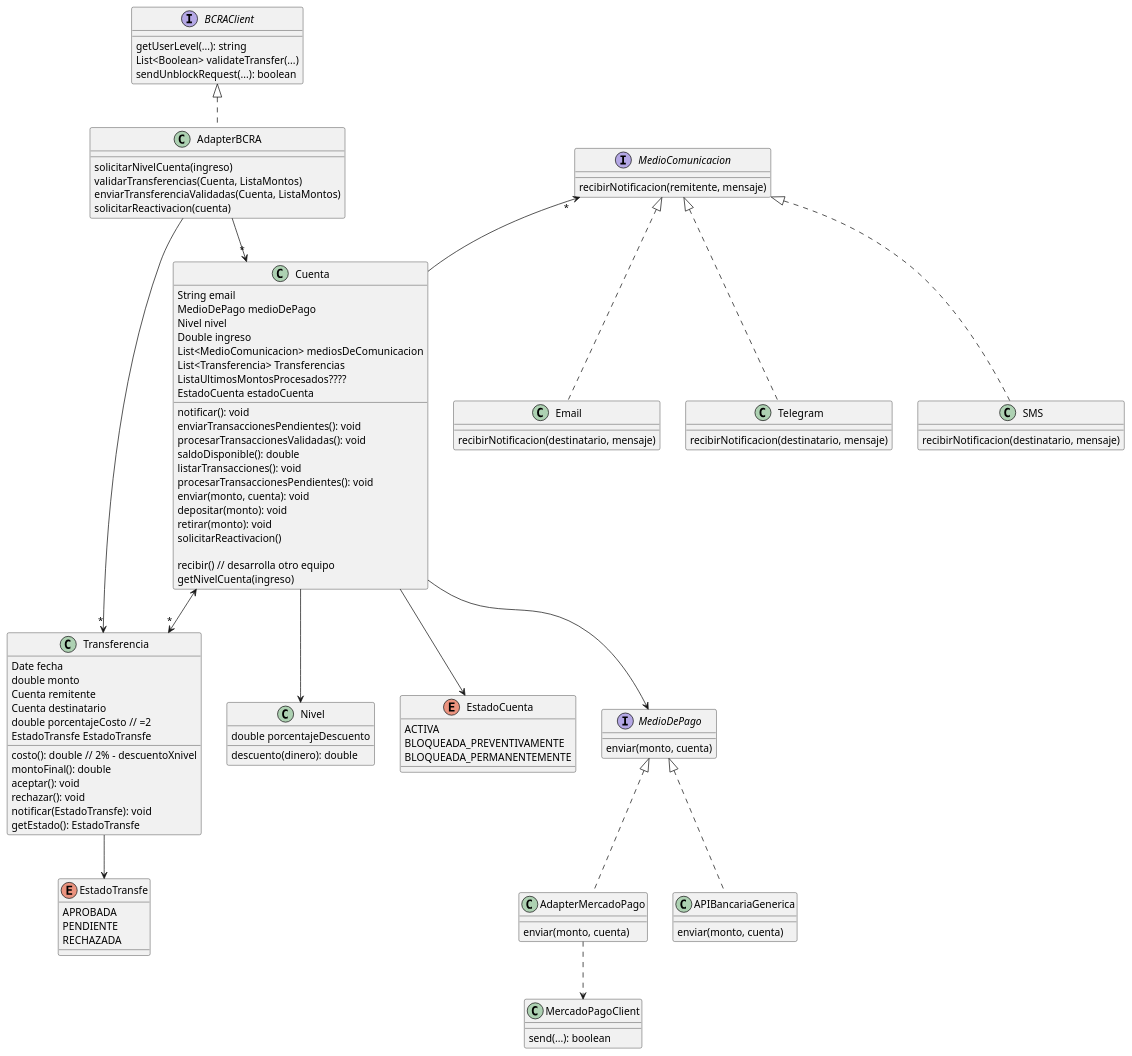
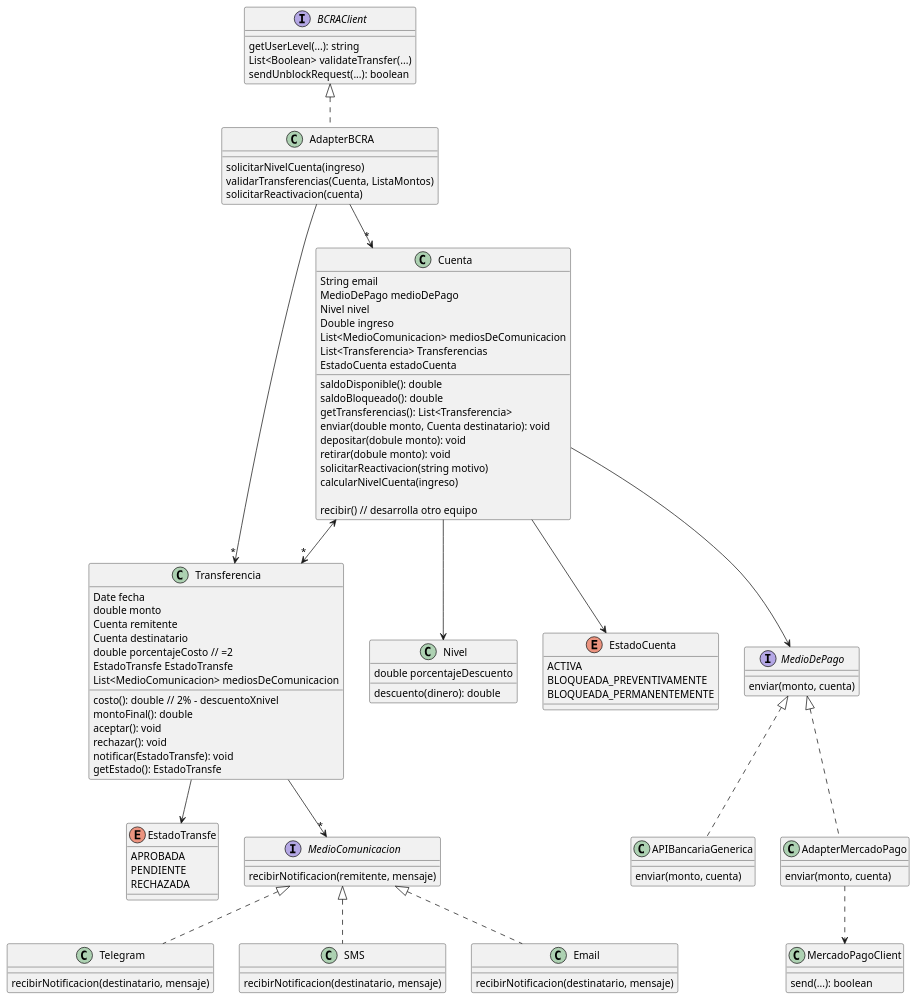
One commit to NicolasOcchi/DDS-1ros-Parciales changed the diagram in src/main/java/PaiPan_Corregido/PaiPan_Diagrama.puml. Above: the diagram before and after it, drawn with PlantUML. The commit also changed 1 other file, not shown here.

```diff
--- a/src/main/java/PaiPan_Corregido/PaiPan_Diagrama.puml
+++ b/src/main/java/PaiPan_Corregido/PaiPan_Diagrama.puml
@@ -1,118 +1,113 @@
 @startuml
 class Cuenta{
     String email
     MedioDePago medioDePago
     Nivel nivel
     Double ingreso
     List<MedioComunicacion> mediosDeComunicacion
     List<Transferencia> Transferencias
-    ListaUltimosMontosProcesados????
     EstadoCuenta estadoCuenta
-    notificar(): void
-    enviarTransaccionesPendientes(): void
-    procesarTransaccionesValidadas(): void
+
     saldoDisponible(): double
-    listarTransacciones(): void
-    procesarTransaccionesPendientes(): void
-    enviar(monto, cuenta): void
-    depositar(monto): void
-    retirar(monto): void
-    solicitarReactivacion()
+    saldoBloqueado(): double
+    getTransferencias(): List<Transferencia>
+    enviar(double monto, Cuenta destinatario): void
+    depositar(dobule monto): void
+    retirar(dobule monto): void
+    solicitarReactivacion(string motivo)
+    calcularNivelCuenta(ingreso)
 
     recibir() // desarrolla otro equipo
-
-
-    getNivelCuenta(ingreso)
 }
 
 Cuenta --> MedioDePago
 Cuenta <-->"*" Transferencia
 Cuenta --> Nivel
 Cuenta --> EstadoCuenta
 
 'se crearán 3 instancias, 1 por cada nivel con su respectivo porcentaje
 class Nivel{
     double porcentajeDescuento
     descuento(dinero): double
 }
 
 interface MedioDePago{
     enviar(monto, cuenta)
 }
 
 class APIBancariaGenerica implements MedioDePago {
     enviar(monto, cuenta)
 }
 
 class AdapterMercadoPago implements MedioDePago{
     enviar(monto, cuenta)
 }
 AdapterMercadoPago ..> MercadoPagoClient
 
 class MercadoPagoClient{
     send(...): boolean
 }
 
 class Transferencia{
     Date fecha
     double monto
     Cuenta remitente
     Cuenta destinatario
     double porcentajeCosto // =2
     EstadoTransfe EstadoTransfe
+    List<MedioComunicacion> mediosDeComunicacion
 
     costo(): double // 2% - descuentoXnivel
     montoFinal(): double
     aceptar(): void
     rechazar(): void
     notificar(EstadoTransfe): void
     getEstado(): EstadoTransfe
 }
 
 Transferencia --> EstadoTransfe
 
 enum EstadoTransfe{
     APROBADA
     PENDIENTE
     RECHAZADA
 }
 
 enum EstadoCuenta{
 ACTIVA
 BLOQUEADA_PREVENTIVAMENTE
 BLOQUEADA_PERMANENTEMENTE
 }
 
 interface BCRAClient{
     getUserLevel(...): string
     List<Boolean> validateTransfer(...)
     sendUnblockRequest(...): boolean
 }
 
 class AdapterBCRA implements BCRAClient{
     solicitarNivelCuenta(ingreso)
     validarTransferencias(Cuenta, ListaMontos)
-    enviarTransferenciaValidadas(Cuenta, ListaMontos)
     solicitarReactivacion(cuenta)
 }
 
 AdapterBCRA -->"*" Transferencia
 AdapterBCRA -->"*" Cuenta
 
-MedioComunicacion "*"<-- Cuenta
+Transferencia -->"*" MedioComunicacion
 
 interface MedioComunicacion{
     recibirNotificacion(remitente, mensaje)
 }
 
 class Telegram implements MedioComunicacion{
     recibirNotificacion(destinatario, mensaje)
 }
 class SMS implements MedioComunicacion{
     recibirNotificacion(destinatario, mensaje)
 }
 class Email implements MedioComunicacion{
     recibirNotificacion(destinatario, mensaje)
 }
 
 @enduml
```
